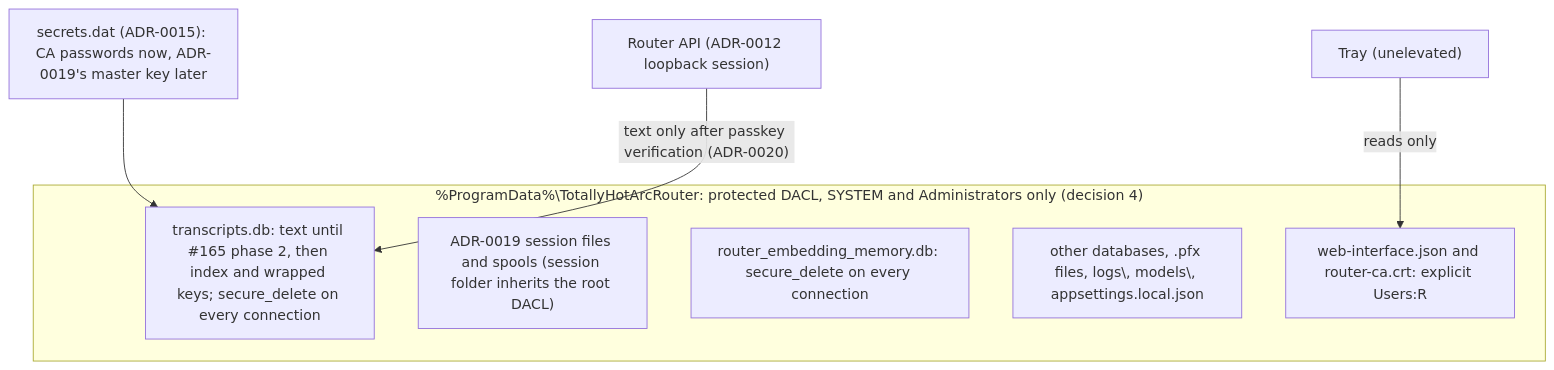
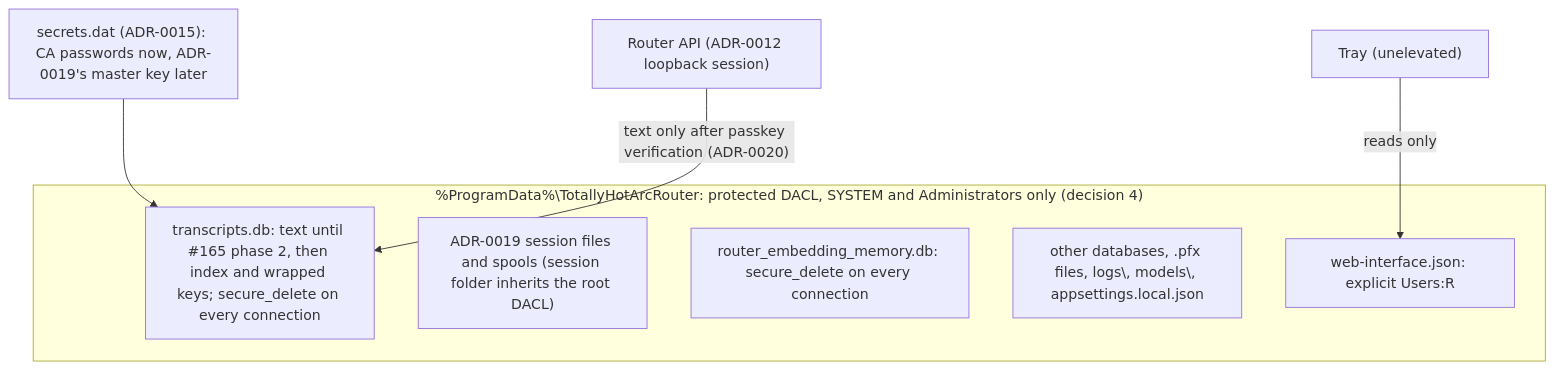
One commit to davidpizon/TotallyHot-ArcRouter changed the diagram in docs/plans/issue-184-transcript-data-protection.md. Above: the diagram before and after it, drawn with Mermaid. The commit also changed other lines of this file and 1 other file, not shown here.

````diff
--- a/docs/plans/issue-184-transcript-data-protection.md
+++ b/docs/plans/issue-184-transcript-data-protection.md
@@ -89,13 +89,13 @@
 ```mermaid
 flowchart TB
     subgraph root["%ProgramData%\TotallyHotArcRouter: protected DACL, SYSTEM and Administrators only (decision 4)"]
         Idx["transcripts.db: text until #165 phase 2, then index and wrapped keys; secure_delete on every connection"]
         Sess["ADR-0019 session files and spools (session folder inherits the root DACL)"]
         Mem["router_embedding_memory.db: secure_delete on every connection"]
         Other["other databases, .pfx files, logs\, models\, appsettings.local.json"]
-        Pub["web-interface.json and router-ca.crt: explicit Users:R"]
+        Pub["web-interface.json: explicit Users:R"]
     end
     Secret["secrets.dat (ADR-0015): CA passwords now, ADR-0019's master key later"] --> Idx
     Tray["Tray (unelevated)"] -- "reads only" --> Pub
     Api["Router API (ADR-0012 loopback session)"] -- "text only after passkey verification (ADR-0020)" --> Idx
 ```
````
